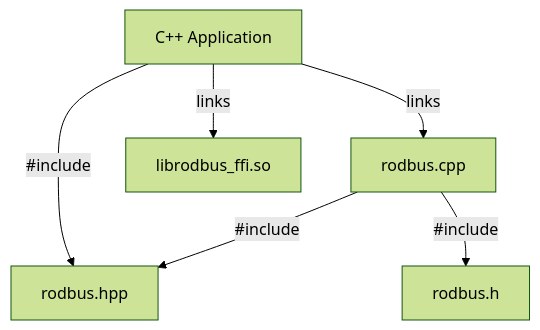
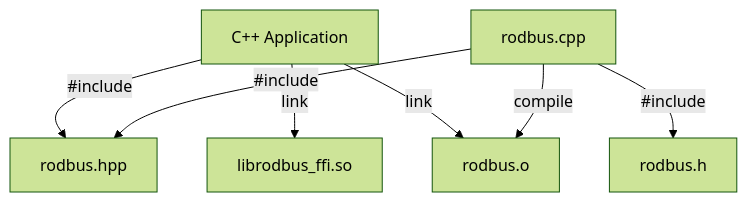
One commit to stepfunc/rodbus changed the diagram in guide/docs/languages/cpp_lang.mdx. Above: the diagram before and after it, drawn with Mermaid (forest theme). The commit also changed 13 other files, not shown here.

````diff
--- a/guide/docs/languages/cpp_lang.mdx
+++ b/guide/docs/languages/cpp_lang.mdx
@@ -14,13 +14,15 @@
 ```mermaid
 graph TD
 A[C++ Application]
 B[rodbus.hpp]
 C[rodbus.cpp]
 D[rodbus.h]
 E[librodbus_ffi.so]
+F[rodbus.o]
 A -- #include --> B
 C -- #include --> B
 C -- #include --> D
-A -- links --> E
-A -- links --> C
+A -- link --> E
+A -- link --> F
+C -- compile --> F
 ```
````
